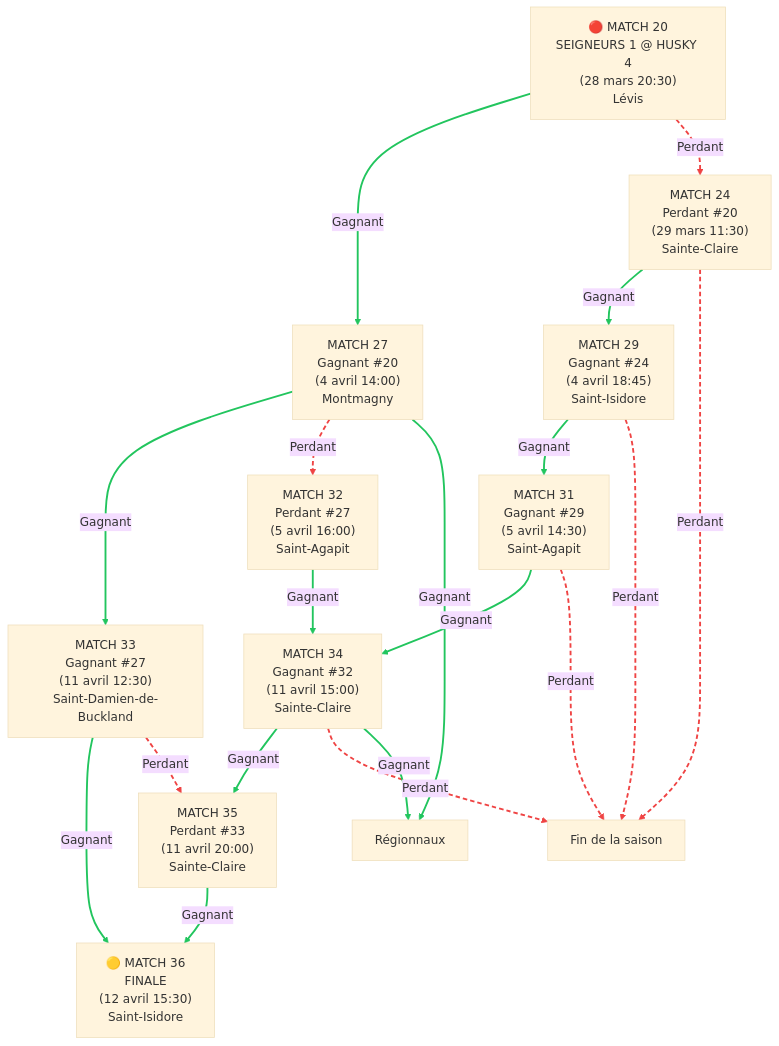
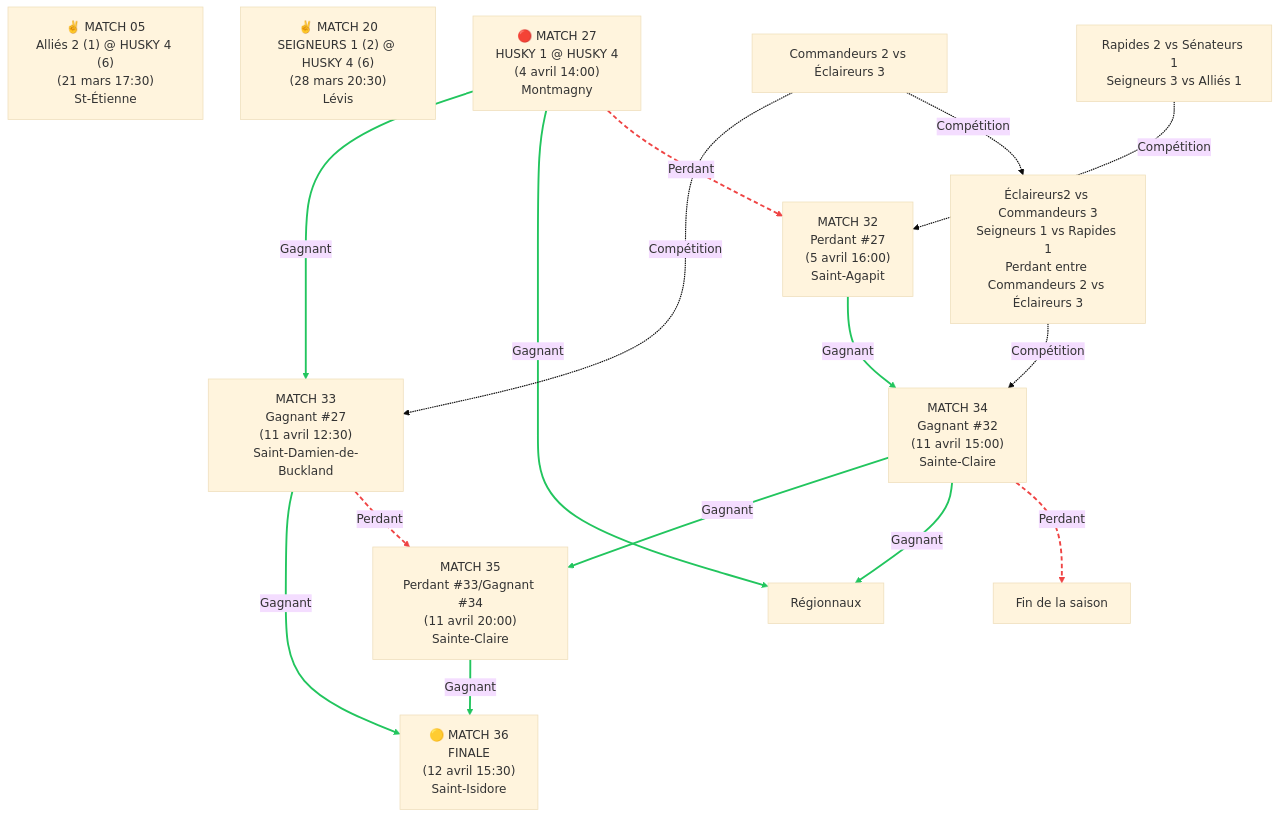
The diagram in Xavier.md (voltogyre/horaire-serie-2026), drawn with Mermaid (base theme) before and after one commit.

Commit message:
Update Xavier

````diff
--- a/Xavier.md
+++ b/Xavier.md
@@ -7,37 +7,31 @@
 ```mermaid
 graph TD
-    A["🔴 MATCH 20<br/>SEIGNEURS 1 @ HUSKY 4<br/>(28 mars 20:30)<br/>Lévis"] 
+    M18B05["✌️ MATCH 05<br/>Alliés 2 (1) @ HUSKY 4 (6)<br/>(21 mars 17:30)<br/>St-Étienne"]
+    M18B20["✌️ MATCH 20<br/>SEIGNEURS 1 (2) @ HUSKY 4 (6)<br/>(28 mars 20:30)<br/>Lévis"] 
+    M18B30[Rapides 2 vs Sénateurs 1<br/>Seigneurs 3 vs Alliés 1]
+    M18B31[Éclaireurs2 vs Commandeurs 3<br/>Seigneurs 1 vs Rapides 1<br/>Perdant entre Commandeurs 2 vs Éclaireurs 3]
+    M18B28[Commandeurs 2 vs Éclaireurs 3]
+   
+    M18B27["🔴 MATCH 27<br/>HUSKY 1 @ HUSKY 4<br/>(4 avril 14:00)<br/>Montmagny"]
+    M18B27 -->|Gagnant| M18B33["MATCH 33<br/>Gagnant #27<br/>(11 avril 12:30)<br/>Saint-Damien-de-Buckland"]
+    M18B33 -->|Gagnant| M18B36["🟡 MATCH 36<br/>FINALE<br/>(12 avril 15:30)<br/>Saint-Isidore"]
+    M18B32 -->|Gagnant| M18B34["MATCH 34<br/>Gagnant #32<br/>(11 avril 15:00)<br/>Sainte-Claire"]
+    M18B34 -->|Gagnant| M18B35["MATCH 35<br/>Perdant #33/Gagnant #34<br/>(11 avril 20:00)<br/>Sainte-Claire"]
+    M18B35 -->|Gagnant| M18B36
+    M18B27 -->|Gagnant| W["Régionnaux"]
+    M18B34 -->|Gagnant| W
+    M18B27 -->|Perdant| M18B32["MATCH 32<br/>Perdant #27<br/>(5 avril 16:00)<br/>Saint-Agapit"]
+    M18B33 -->|Perdant| M18B35
+    M18B34 -->|Perdant| K["Fin de la saison"]
+    M18B30 -->|Compétition| M18B32
+    M18B31 -->|Compétition| M18B34
+    M18B28 -->|Compétition| M18B33
+    M18B28 -->|Compétition| M18B31
     
-    A -->|Gagnant| B["MATCH 27<br/>Gagnant #20<br/>(4 avril 14:00)<br/>Montmagny"]
-    A -->|Perdant| C["MATCH 24<br/>Perdant #20<br/>(29 mars 11:30)<br/>Sainte-Claire"]
-    
-    B -->|Gagnant| D["MATCH 33<br/>Gagnant #27<br/>(11 avril 12:30)<br/>Saint-Damien-de-Buckland"]
-    B -->|Perdant| E["MATCH 32<br/>Perdant #27<br/>(5 avril 16:00)<br/>Saint-Agapit"]
-    
-    C -->|Gagnant| F["MATCH 29<br/>Gagnant #24<br/>(4 avril 18:45)<br/>Saint-Isidore"]
-    
-    D -->|Gagnant| I["🟡 MATCH 36<br/>FINALE<br/>(12 avril 15:30)<br/>Saint-Isidore"]
-    D -->|Perdant| J["MATCH 35<br/>Perdant #33<br/>(11 avril 20:00)<br/>Sainte-Claire"]
-    
-    E -->|Gagnant| H["MATCH 34<br/>Gagnant #32<br/>(11 avril 15:00)<br/>Sainte-Claire"]
-    
-    F -->|Gagnant| G["MATCH 31<br/>Gagnant #29<br/>(5 avril 14:30)<br/>Saint-Agapit"]
-    
-    G -->|Gagnant| H
-    
-    H -->|Gagnant| J
-    
-    J -->|Gagnant| I
-    
-    C -->|Perdant| K["Fin de la saison"]
-    F -->|Perdant| K["Fin de la saison"]
-    G -->|Perdant| K["Fin de la saison"]
-    H -->|Perdant| K["Fin de la saison"]
-    B -->|Gagnant| L["Régionnaux"]
-    H -->|Gagnant| L["Régionnaux"]
-
-    linkStyle 0,2,4,5,7,8,9,10,11,16,17 stroke:#22c55e,stroke-width:2.5px
-    linkStyle 1,3,6,12,13,14,15 stroke:#ef4444,stroke-width:2.5px,stroke-dasharray:6 4
+    linkStyle 0,1,2,3,4,5,6 stroke:#22c55e,stroke-width:2.5px
+    linkStyle 7,8,9 stroke:#ef4444,stroke-width:2.5px,stroke-dasharray:6 4
+    linkStyle 10,11,12,13 stroke:##1b75be,stroke-width:1.5px,stroke-dasharray: 2 1
     
 
+
 ```
````
